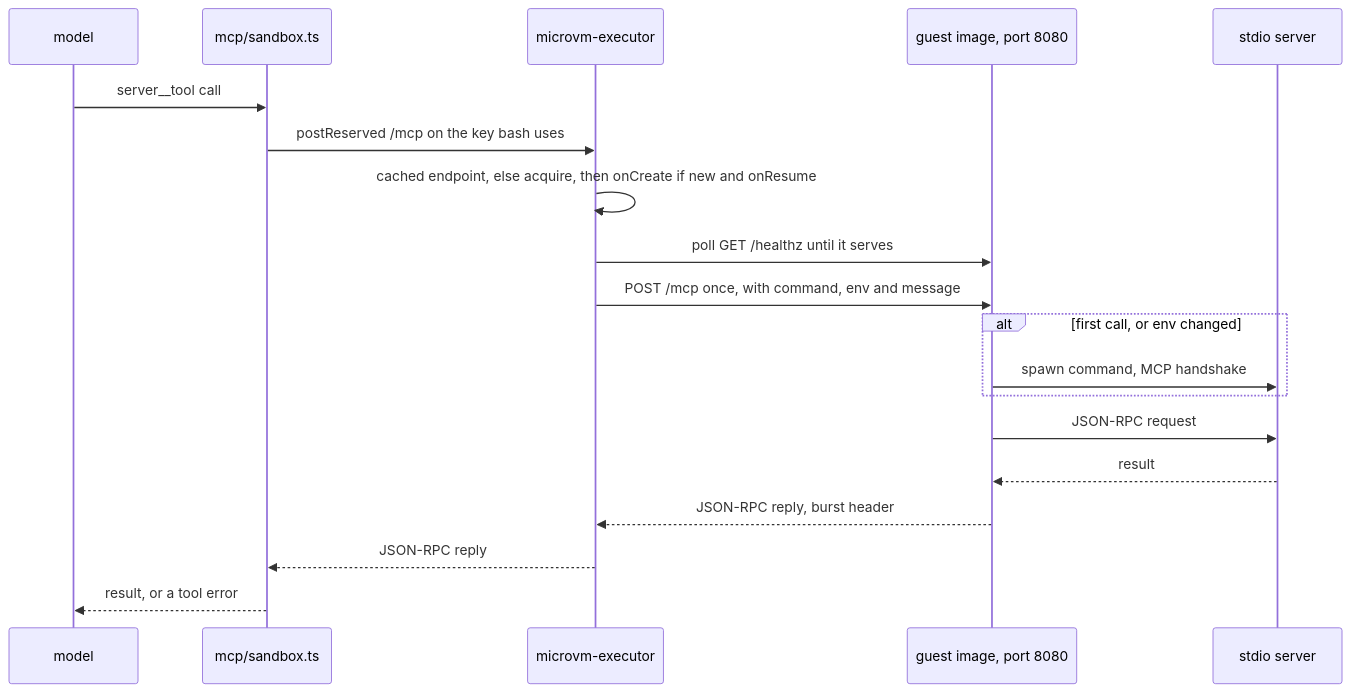
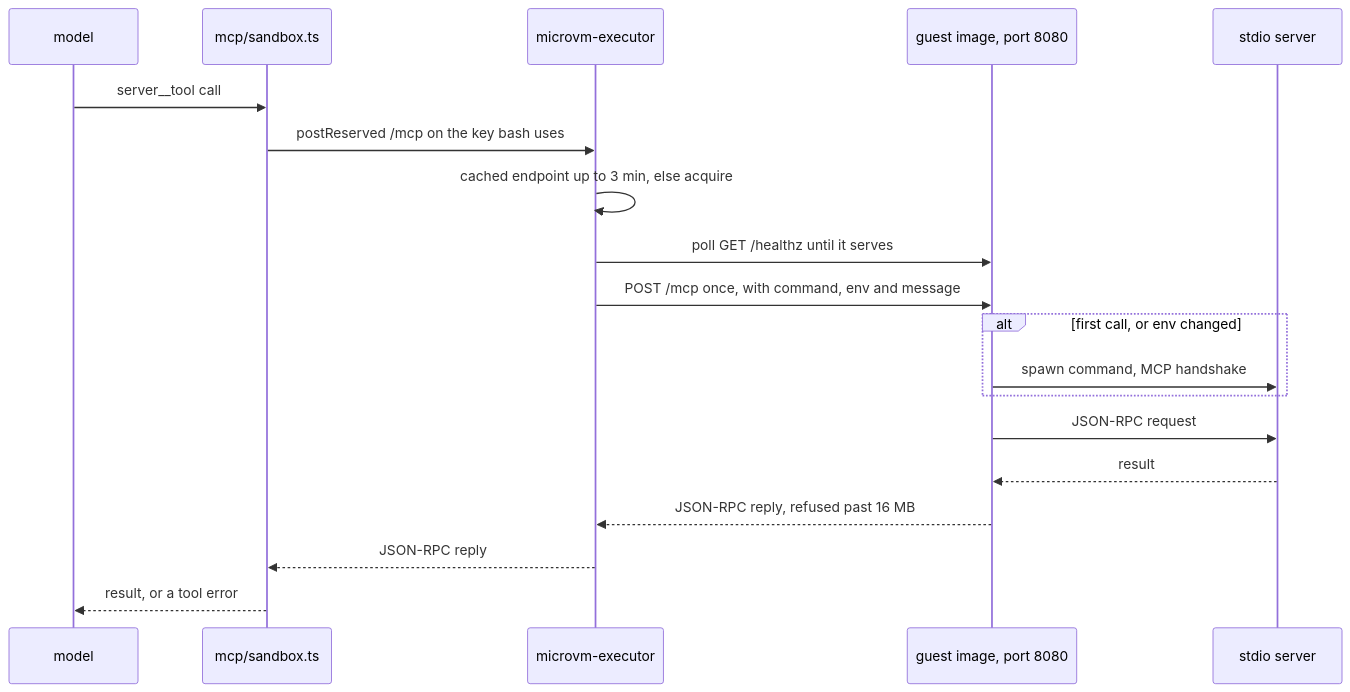
One commit to beeblastco/broods changed the fifth of 9 diagrams in apps/docs/docs/internals/tools-and-mcp.md. Above: the diagram before and after it, drawn with Mermaid. The commit also changed other lines of this file and 22 other files, not shown here.

First line of the commit message:
docs: fold the Cloudflare pages into their sections, rewrite internals diagram-first (#1010)

````diff
--- a/apps/docs/docs/internals/tools-and-mcp.md
+++ b/apps/docs/docs/internals/tools-and-mcp.md
@@ -81,22 +141,22 @@
 ```mermaid
 sequenceDiagram
   participant M as model
   participant SB as mcp/sandbox.ts
   participant E as microvm-executor
   participant VM as guest image, port 8080
   participant S as stdio server
 
   M->>SB: server__tool call
   SB->>E: postReserved /mcp on the key bash uses
-  E->>E: cached endpoint, else acquire, then onCreate if new and onResume
+  E->>E: cached endpoint up to 3 min, else acquire
   E->>VM: poll GET /healthz until it serves
   E->>VM: POST /mcp once, with command, env and message
   alt first call, or env changed
     VM->>S: spawn command, MCP handshake
   end
   VM->>S: JSON-RPC request
   S-->>VM: result
-  VM-->>E: JSON-RPC reply, burst header
+  VM-->>E: JSON-RPC reply, refused past 16 MB
   E-->>SB: JSON-RPC reply
   SB-->>M: result, or a tool error
 ```
````
